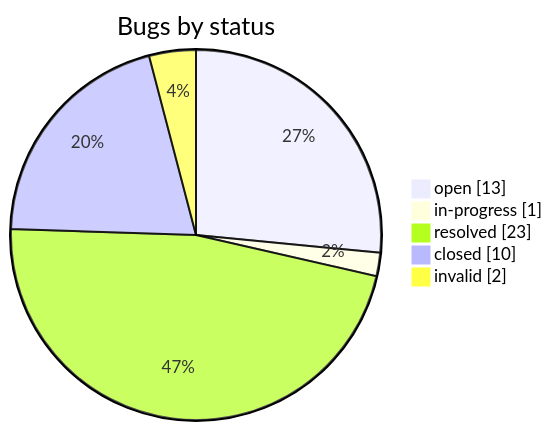
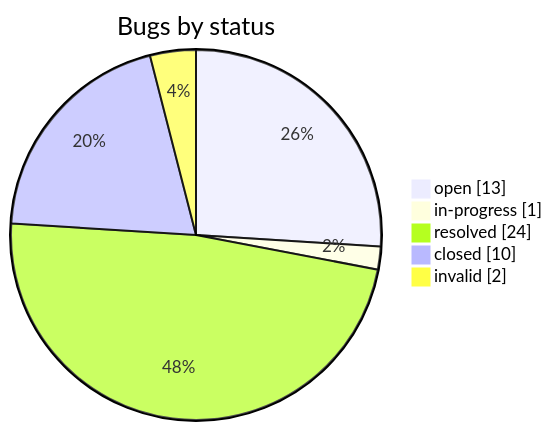
Before and after one commit to iammaxsu/automatic-testing-architecture: the second of 2 diagrams in STATUS.md, drawn with Mermaid. The commit also changed other lines of this file and 5 other files, not shown here.

````diff
--- a/STATUS.md
+++ b/STATUS.md
@@ -165,8 +166,8 @@
 ```mermaid
 pie showData title Bugs by status
     "open" : 13
     "in-progress" : 1
-    "resolved" : 23
+    "resolved" : 24
     "closed" : 10
     "invalid" : 2
 ```
````
